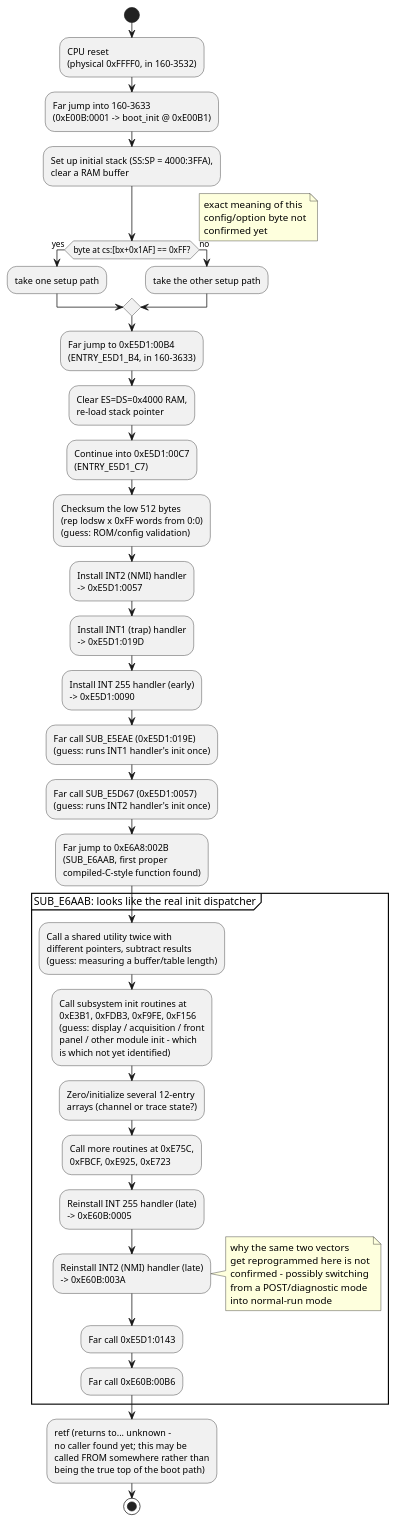
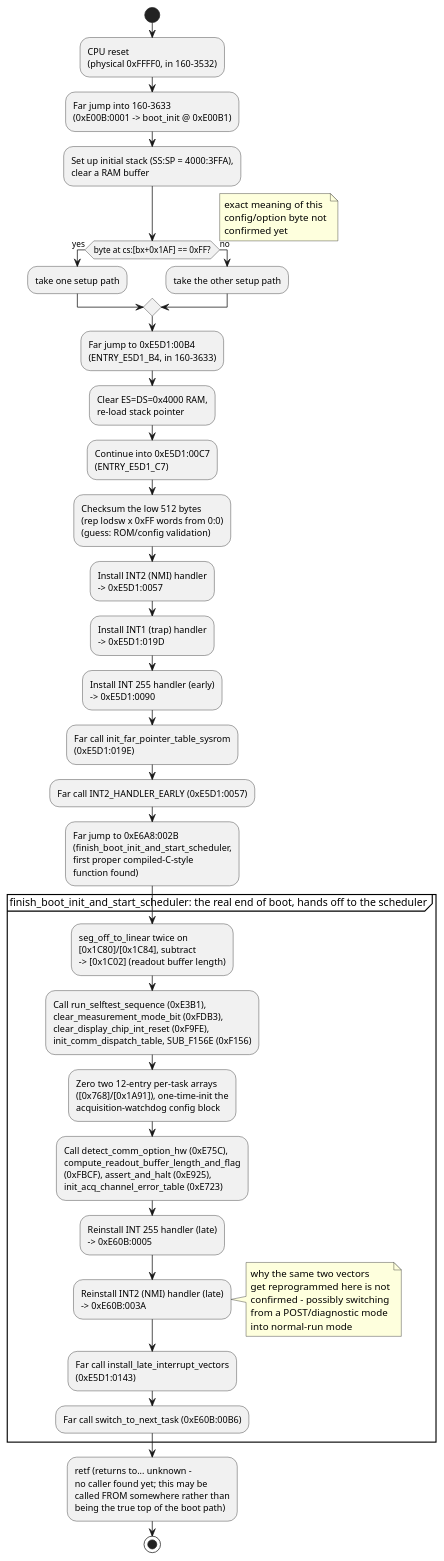
The first of 6 diagrams in JUMP_MAP.md (Mwwhited-BookLearning/tektronix-2230), drawn with PlantUML before and after one commit. The commit also changed 8 other files, not shown here.

First line of the commit message:
Finish naming sweep: rename finish_boot_init_and_start_scheduler, fix remaining stale references

````diff
--- a/JUMP_MAP.md
+++ b/JUMP_MAP.md
@@ -17,45 +17,45 @@
 ```plantuml
 @startuml
 start
 
 :CPU reset\n(physical 0xFFFF0, in 160-3532);
 :Far jump into 160-3633\n(0xE00B:0001 -> boot_init @ 0xE00B1);
 :Set up initial stack (SS:SP = 4000:3FFA),\nclear a RAM buffer;
 
 if (byte at cs:[bx+0x1AF] == 0xFF?) then (yes)
   :take one setup path;
 else (no)
   :take the other setup path;
 endif
 note right: exact meaning of this\nconfig/option byte not\nconfirmed yet
 
 :Far jump to 0xE5D1:00B4\n(ENTRY_E5D1_B4, in 160-3633);
 :Clear ES=DS=0x4000 RAM,\nre-load stack pointer;
 
 :Continue into 0xE5D1:00C7\n(ENTRY_E5D1_C7);
 :Checksum the low 512 bytes\n(rep lodsw x 0xFF words from 0:0)\n(guess: ROM/config validation);
 :Install INT2 (NMI) handler\n-> 0xE5D1:0057;
 :Install INT1 (trap) handler\n-> 0xE5D1:019D;
 :Install INT 255 handler (early)\n-> 0xE5D1:0090;
 
-:Far call SUB_E5EAE (0xE5D1:019E)\n(guess: runs INT1 handler's init once);
-:Far call SUB_E5D67 (0xE5D1:0057)\n(guess: runs INT2 handler's init once);
+:Far call init_far_pointer_table_sysrom\n(0xE5D1:019E);
+:Far call INT2_HANDLER_EARLY (0xE5D1:0057);
 
-:Far jump to 0xE6A8:002B\n(SUB_E6AAB, first proper\ncompiled-C-style function found);
+:Far jump to 0xE6A8:002B\n(finish_boot_init_and_start_scheduler,\nfirst proper compiled-C-style\nfunction found);
 
-partition "SUB_E6AAB: looks like the real init dispatcher" {
-  :Call a shared utility twice with\ndifferent pointers, subtract results\n(guess: measuring a buffer/table length);
-  :Call subsystem init routines at\n0xE3B1, 0xFDB3, 0xF9FE, 0xF156\n(guess: display / acquisition / front\npanel / other module init - which\nis which not yet identified);
-  :Zero/initialize several 12-entry\narrays (channel or trace state?);
-  :Call more routines at 0xE75C,\n0xFBCF, 0xE925, 0xE723;
+partition "finish_boot_init_and_start_scheduler: the real end of boot, hands off to the scheduler" {
+  :seg_off_to_linear twice on\n[0x1C80]/[0x1C84], subtract\n-> [0x1C02] (readout buffer length);
+  :Call run_selftest_sequence (0xE3B1),\nclear_measurement_mode_bit (0xFDB3),\nclear_display_chip_int_reset (0xF9FE),\ninit_comm_dispatch_table, SUB_F156E (0xF156);
+  :Zero two 12-entry per-task arrays\n([0x768]/[0x1A91]), one-time-init the\nacquisition-watchdog config block;
+  :Call detect_comm_option_hw (0xE75C),\ncompute_readout_buffer_length_and_flag\n(0xFBCF), assert_and_halt (0xE925),\ninit_acq_channel_error_table (0xE723);
   :Reinstall INT 255 handler (late)\n-> 0xE60B:0005;
   :Reinstall INT2 (NMI) handler (late)\n-> 0xE60B:003A;
   note right: why the same two vectors\nget reprogrammed here is not\nconfirmed - possibly switching\nfrom a POST/diagnostic mode\ninto normal-run mode
-  :Far call 0xE5D1:0143;
-  :Far call 0xE60B:00B6;
+  :Far call install_late_interrupt_vectors\n(0xE5D1:0143);
+  :Far call switch_to_next_task (0xE60B:00B6);
 }
 :retf (returns to... unknown -\nno caller found yet; this may be\ncalled FROM somewhere rather than\nbeing the true top of the boot path);
 
 stop
 @enduml
 ```
````
